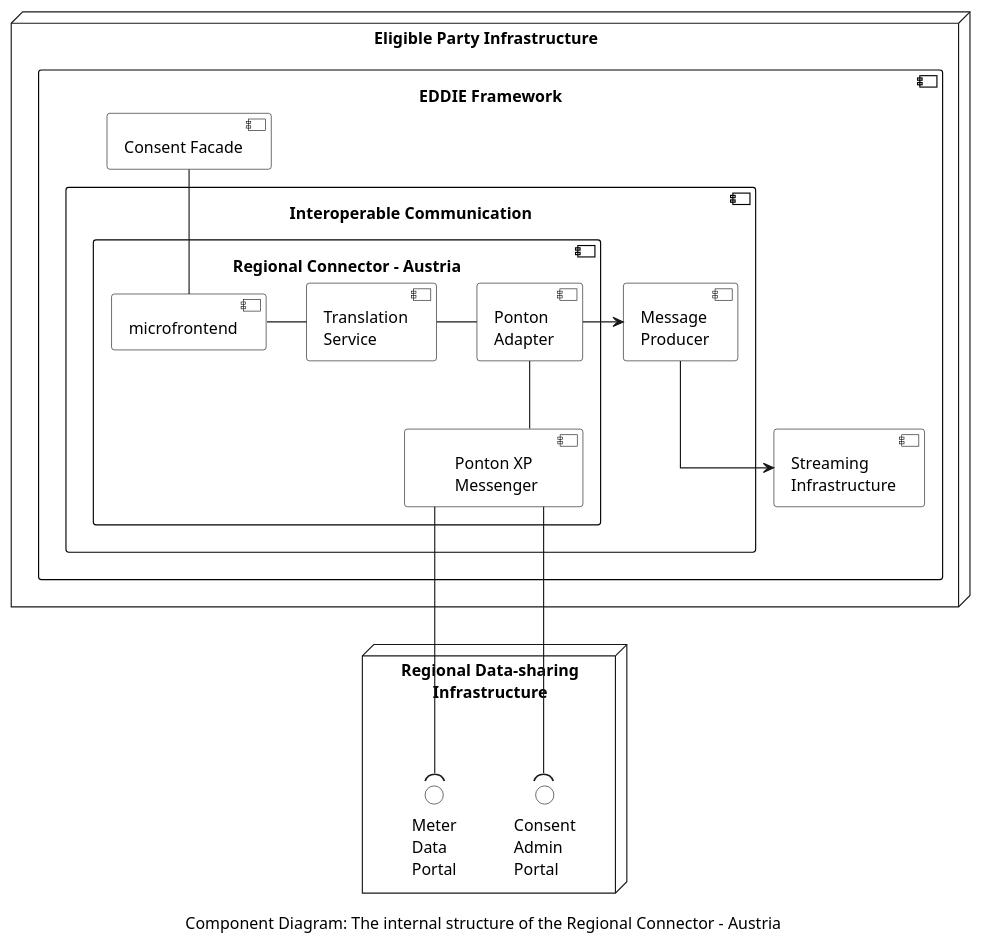
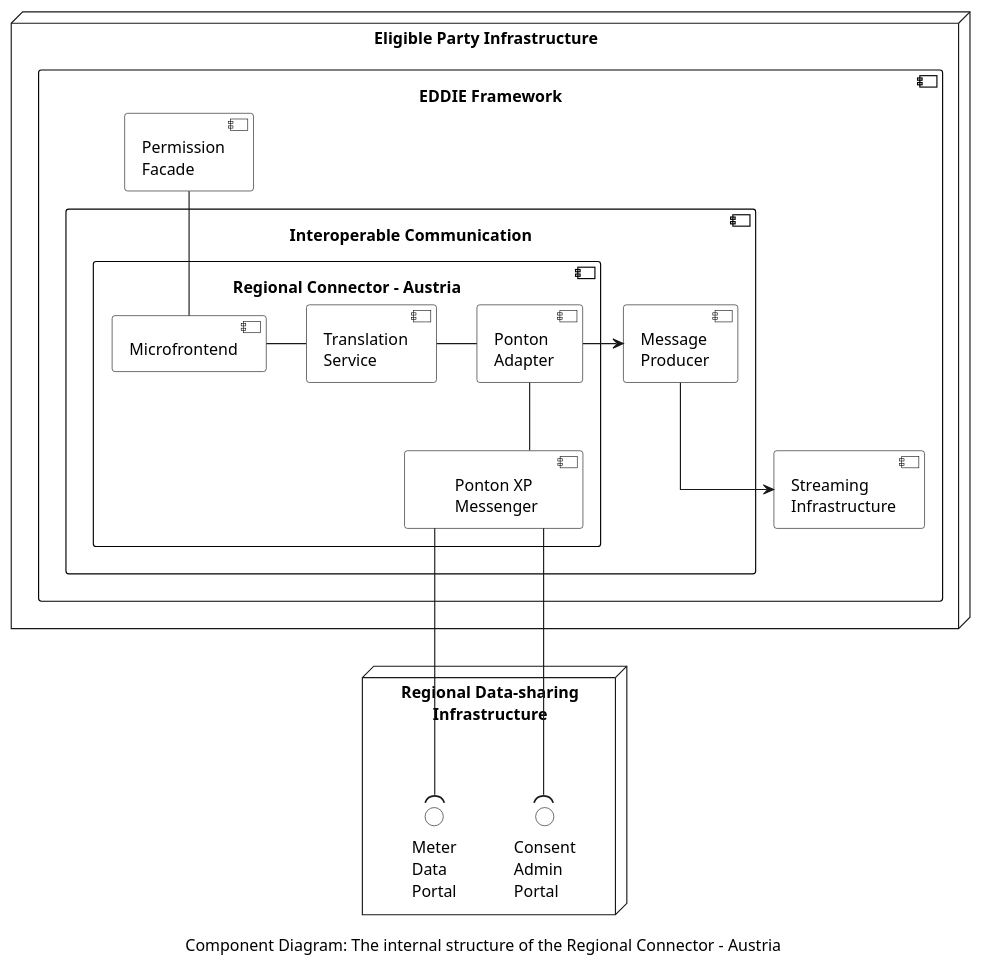
The diagram in arc42/05-building-block-view/components/interoperable-comm/regional-connectors/austria/figures/regional-connector-austria.puml (eddie-energy/architecture), drawn with PlantUML before and after one commit. The commit also changed 38 other files, not shown here.

```diff
--- a/arc42/05-building-block-view/components/interoperable-comm/regional-connectors/austria/figures/regional-connector-austria.puml
+++ b/arc42/05-building-block-view/components/interoperable-comm/regional-connectors/austria/figures/regional-connector-austria.puml
@@ -1,53 +1,53 @@
 @startuml regional-connector-austria
 'component diagram
 caption Component Diagram: The internal structure of the Regional Connector - Austria
 
 skinparam linetype ortho
 skinparam interface {
   backgroundColor transparent
   borderColor black
 }
 skinparam component{
   BorderColor black
   BackgroundColor transparent
 }
 skinparam collections{
   BorderColor black
   BackgroundColor white
 }
 skinparam database{
   BorderColor black
   BackgroundColor transparent
 }
 
 node "Eligible Party Infrastructure"  as epInfra{
   component "EDDIE Framework" as eddie {
-    component "Consent Facade" as consentFacade
+    component "Permission\nFacade" as consentFacade
     component "Streaming\nInfrastructure" as database
     component "Interoperable Communication" as comm {
       component "Regional Connector - Austria" as regConAu {
-        component "microfrontend" as microfrontend
+        component "Microfrontend" as microfrontend
         component "Ponton\nAdapter" as pontonAdapter
         component "\tPonton XP\n\tMessenger\t" as pontonXP
         component "Translation\nService" as translationService
       }
       component "Message\nProducer" as messageProducer
     }
   }
 
   consentFacade -down- microfrontend
   microfrontend -right- translationService
   translationService -right- pontonAdapter
   pontonAdapter -right-> messageProducer
   messageProducer -down-> database
   pontonXP -up- pontonAdapter
 }
 node "Regional Data-sharing\nInfrastructure" as energyProvider {
   interface "Meter\nData\nPortal" as dataPortal
   interface "Consent\nAdmin\nPortal" as adminPortal
 }
 
 pontonXP --down-( adminPortal
 pontonXP -down-( dataPortal
 
 @enduml
```
